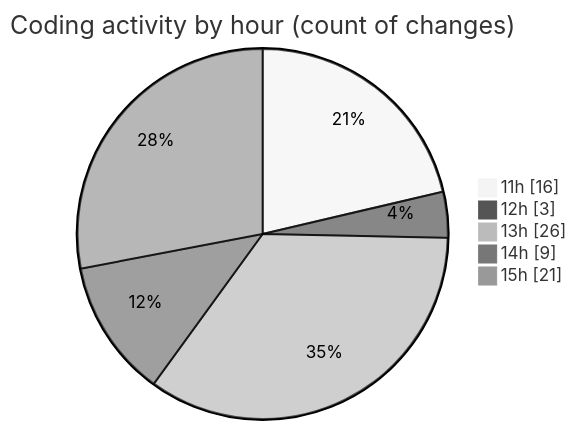
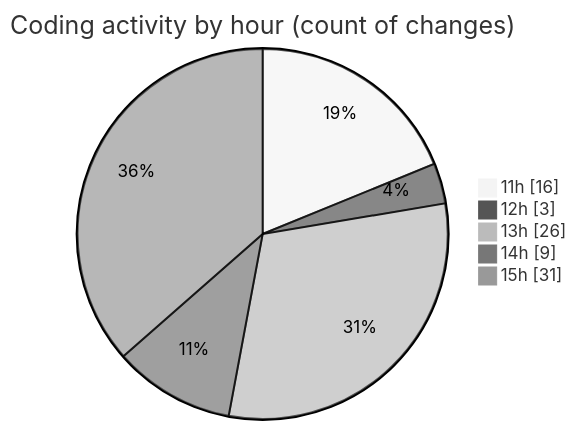
One commit to nxtqubesakshisongat/code-tracking changed the second of 2 diagrams in 2026-03-31/nxtqube_webapp/README.md. Above: the diagram before and after it, drawn with Mermaid (neutral theme). The commit also changed other lines of this file and 1 other file, not shown here.

````diff
--- a/2026-03-31/nxtqube_webapp/README.md
+++ b/2026-03-31/nxtqube_webapp/README.md
@@ -32,9 +32,9 @@
 ```mermaid
 pie showData
 title Coding activity by hour (count of changes)
 "11h" : 16
 "12h" : 3
 "13h" : 26
 "14h" : 9
-"15h" : 21
+"15h" : 31
 ```
````
